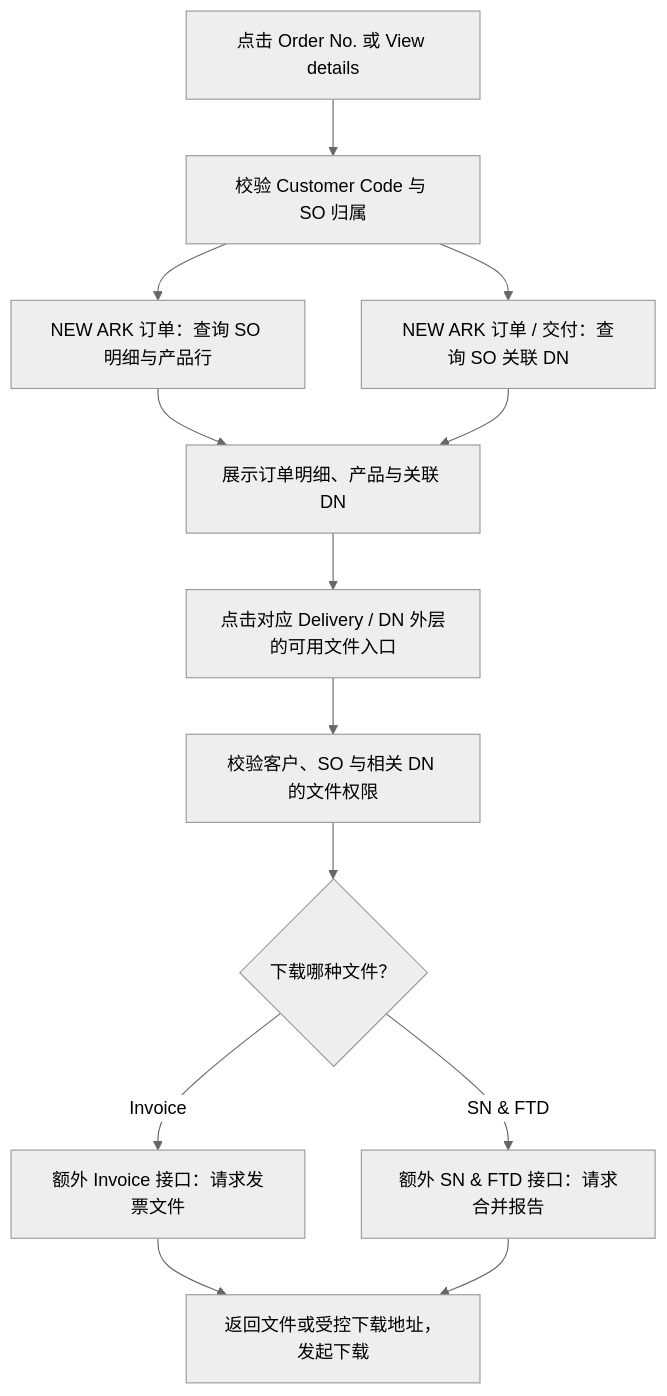
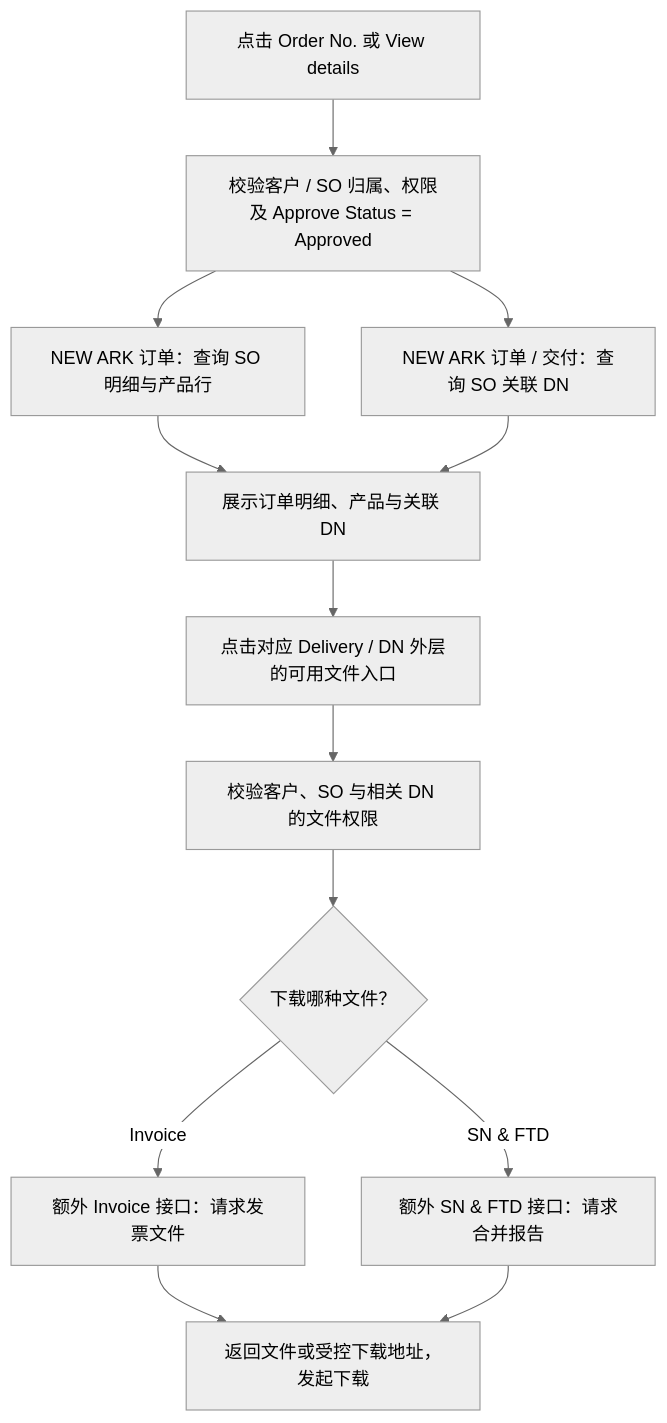
One commit to Nickiisme/product-list changed the second of 2 diagrams in site/docs/SunPower_My_Orders_PRD.md. Above: the diagram before and after it, drawn with Mermaid (neutral theme). The commit also changed other lines of this file and 32 other files, not shown here.

````diff
--- a/site/docs/SunPower_My_Orders_PRD.md
+++ b/site/docs/SunPower_My_Orders_PRD.md
@@ -168,15 +168,15 @@
 ```mermaid
 flowchart TD
-    selectOrder["点击 Order No. 或 View details"] --> ownership["校验 Customer Code 与 SO 归属"]
+    selectOrder["点击 Order No. 或 View details"] --> ownership["校验客户 / SO 归属、权限及 Approve Status = Approved"]
     ownership --> orderDetail["NEW ARK 订单：查询 SO 明细与产品行"]
     ownership --> dnQuery["NEW ARK 订单 / 交付：查询 SO 关联 DN"]
     orderDetail --> detailView["展示订单明细、产品与关联 DN"]
     dnQuery --> detailView
     detailView --> downloadClick["点击对应 Delivery / DN 外层的可用文件入口"]
     downloadClick --> filePermission["校验客户、SO 与相关 DN 的文件权限"]
     filePermission --> fileType{"下载哪种文件？"}
     fileType -->|"Invoice"| invoiceApi["额外 Invoice 接口：请求发票文件"]
     fileType -->|"SN & FTD"| reportApi["额外 SN & FTD 接口：请求合并报告"]
     invoiceApi --> fileResult["返回文件或受控下载地址，发起下载"]
     reportApi --> fileResult
 ```
````
